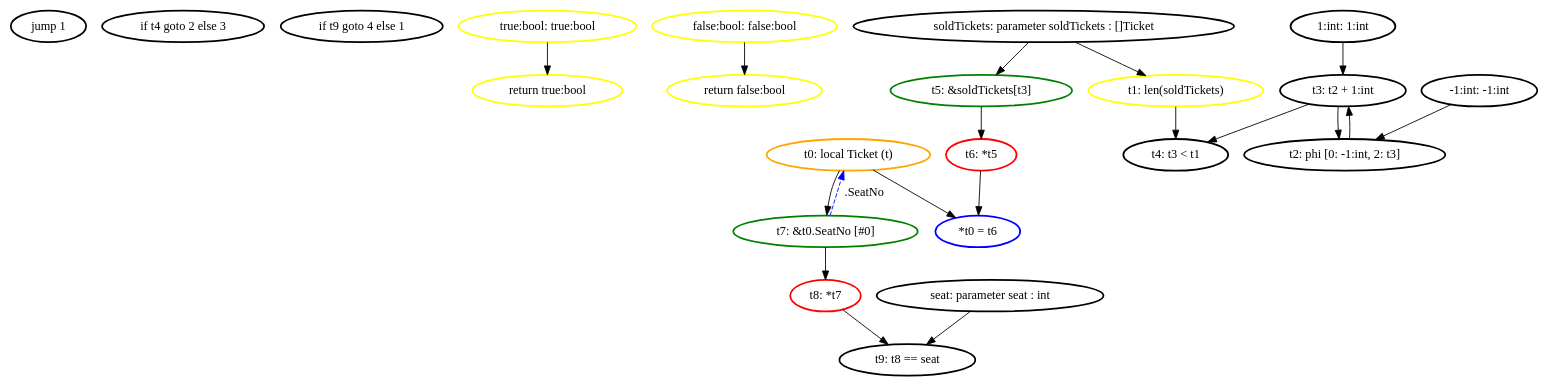
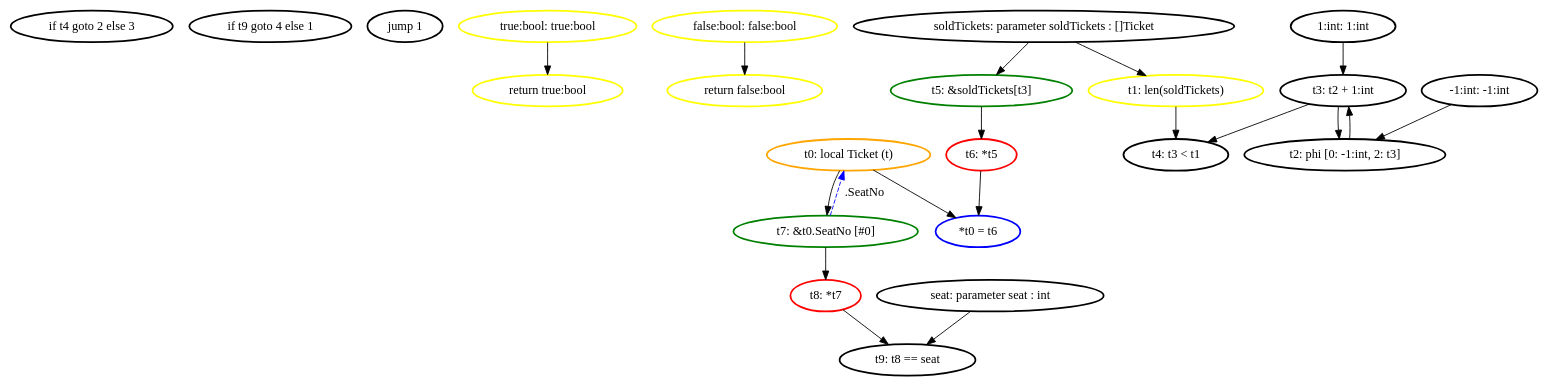
Before and after one commit to aletheia-microservices/aletheia: the diagram in ssa_analysis/analyzer/output/train_ticket2/ssagraphs/train_ticket2.isContained.dot, drawn with Graphviz. The commit also changed 310 other files, not shown here.

```diff
--- a/ssa_analysis/analyzer/output/train_ticket2/ssagraphs/train_ticket2.isContained.dot
+++ b/ssa_analysis/analyzer/output/train_ticket2/ssagraphs/train_ticket2.isContained.dot
@@ -1,49 +1,49 @@
 digraph G {
 	rankdir=TD;
-	N_instr__1010531211 [label="jump 1", style=bold, shape=ellipse, color="black"];
-	N_instr__1010531211 [label="jump 1", style=bold, shape=ellipse, color="black"];
-	N_instr__1220722697 [label="if t4 goto 2 else 3", style=bold, shape=ellipse, color="black"];
-	N_instr__1220722697 [label="if t4 goto 2 else 3", style=bold, shape=ellipse, color="black"];
-	N_instr__16621035 [label="if t9 goto 4 else 1", style=bold, shape=ellipse, color="black"];
-	N_instr__16621035 [label="if t9 goto 4 else 1", style=bold, shape=ellipse, color="black"];
-	N_instr_ret_4170797 [label="return true:bool", style=bold, shape=ellipse, color="yellow"];
-	N_instr_ret_4170797 [label="return true:bool", style=bold, shape=ellipse, color="yellow"];
-	N_instr_ret_4170817 [label="return false:bool", style=bold, shape=ellipse, color="yellow"];
-	N_instr_ret_4170817 [label="return false:bool", style=bold, shape=ellipse, color="yellow"];
-	N_instr_store_4170745 [label="*t0 = t6", style=bold, shape=ellipse, color="blue"];
-	N_instr_store_4170745 [label="*t0 = t6", style=bold, shape=ellipse, color="blue"];
+	N_instr__1493660787 [label="if t4 goto 2 else 3", style=bold, shape=ellipse, color="black"];
+	N_instr__1493660787 [label="if t4 goto 2 else 3", style=bold, shape=ellipse, color="black"];
+	N_instr__150229234 [label="if t9 goto 4 else 1", style=bold, shape=ellipse, color="black"];
+	N_instr__150229234 [label="if t9 goto 4 else 1", style=bold, shape=ellipse, color="black"];
+	N_instr__1870177545 [label="jump 1", style=bold, shape=ellipse, color="black"];
+	N_instr__1870177545 [label="jump 1", style=bold, shape=ellipse, color="black"];
+	N_instr_ret_2886338 [label="return true:bool", style=bold, shape=ellipse, color="yellow"];
+	N_instr_ret_2886338 [label="return true:bool", style=bold, shape=ellipse, color="yellow"];
+	N_instr_ret_2886358 [label="return false:bool", style=bold, shape=ellipse, color="yellow"];
+	N_instr_ret_2886358 [label="return false:bool", style=bold, shape=ellipse, color="yellow"];
+	N_instr_store_2886286 [label="*t0 = t6", style=bold, shape=ellipse, color="blue"];
+	N_instr_store_2886286 [label="*t0 = t6", style=bold, shape=ellipse, color="blue"];
 	N_val__1_int [label="-1:int: -1:int", style=bold, shape=ellipse, color="black"];
 	N_val_1_int [label="1:int: 1:int", style=bold, shape=ellipse, color="black"];
-	N_val_alloc_4170745 [label="t0: local Ticket (t)", style=bold, shape=ellipse, color="orange"];
-	N_val_binary_4170784 [label="t9: t8 == seat", style=bold, shape=ellipse, color="black"];
+	N_val_alloc_2886286 [label="t0: local Ticket (t)", style=bold, shape=ellipse, color="orange"];
+	N_val_binary_2886325 [label="t9: t8 == seat", style=bold, shape=ellipse, color="black"];
 	N_val_binaryt3 [label="t3: t2 + 1:int", style=bold, shape=ellipse, color="black"];
 	N_val_binaryt4 [label="t4: t3 < t1", style=bold, shape=ellipse, color="black"];
 	N_val_callt1 [label="t1: len(soldTickets)", style=bold, shape=ellipse, color="yellow"];
 	N_val_false_bool [label="false:bool: false:bool", style=bold, shape=ellipse, color="yellow"];
-	N_val_field_4170777 [label="t7: &t0.SeatNo [#0]", style=bold, shape=ellipse, color="green"];
-	N_val_index_4170756 [label="t5: &soldTickets[t3]", style=bold, shape=ellipse, color="green"];
-	N_val_param_4170698 [label="soldTickets: parameter soldTickets : []Ticket", style=bold, shape=ellipse, color="black"];
-	N_val_param_4170720 [label="seat: parameter seat : int", style=bold, shape=ellipse, color="black"];
+	N_val_field_2886318 [label="t7: &t0.SeatNo [#0]", style=bold, shape=ellipse, color="green"];
+	N_val_index_2886297 [label="t5: &soldTickets[t3]", style=bold, shape=ellipse, color="green"];
+	N_val_param_2886239 [label="soldTickets: parameter soldTickets : []Ticket", style=bold, shape=ellipse, color="black"];
+	N_val_param_2886261 [label="seat: parameter seat : int", style=bold, shape=ellipse, color="black"];
 	N_val_phit2 [label="t2: phi [0: -1:int, 2: t3]", style=bold, shape=ellipse, color="black"];
 	N_val_true_bool [label="true:bool: true:bool", style=bold, shape=ellipse, color="yellow"];
-	N_val_unary_4170777 [label="t8: *t7", style=bold, shape=ellipse, color="red"];
+	N_val_unary_2886318 [label="t8: *t7", style=bold, shape=ellipse, color="red"];
 	N_val_unaryt6 [label="t6: *t5", style=bold, shape=ellipse, color="red"];
-	N_val_param_4170698 -> N_val_callt1;
+	N_val_param_2886239 -> N_val_callt1;
 	N_val__1_int -> N_val_phit2;
 	N_val_phit2 -> N_val_binaryt3;
 	N_val_1_int -> N_val_binaryt3;
 	N_val_binaryt3 -> N_val_phit2;
 	N_val_binaryt3 -> N_val_binaryt4;
 	N_val_callt1 -> N_val_binaryt4;
-	N_val_param_4170698 -> N_val_index_4170756;
-	N_val_index_4170756 -> N_val_unaryt6;
-	N_val_alloc_4170745 -> N_instr_store_4170745;
-	N_val_unaryt6 -> N_instr_store_4170745;
-	N_val_alloc_4170745 -> N_val_field_4170777;
-	N_val_field_4170777 -> N_val_unary_4170777;
-	N_val_unary_4170777 -> N_val_binary_4170784;
-	N_val_param_4170720 -> N_val_binary_4170784;
-	N_val_false_bool -> N_instr_ret_4170817;
-	N_val_true_bool -> N_instr_ret_4170797;
-	N_val_field_4170777 -> N_val_alloc_4170745 [label=".SeatNo", style=dashed, color=blue];
+	N_val_param_2886239 -> N_val_index_2886297;
+	N_val_index_2886297 -> N_val_unaryt6;
+	N_val_alloc_2886286 -> N_instr_store_2886286;
+	N_val_unaryt6 -> N_instr_store_2886286;
+	N_val_alloc_2886286 -> N_val_field_2886318;
+	N_val_field_2886318 -> N_val_unary_2886318;
+	N_val_unary_2886318 -> N_val_binary_2886325;
+	N_val_param_2886261 -> N_val_binary_2886325;
+	N_val_false_bool -> N_instr_ret_2886358;
+	N_val_true_bool -> N_instr_ret_2886338;
+	N_val_field_2886318 -> N_val_alloc_2886286 [label=".SeatNo", style=dashed, color=blue];
 }
```
